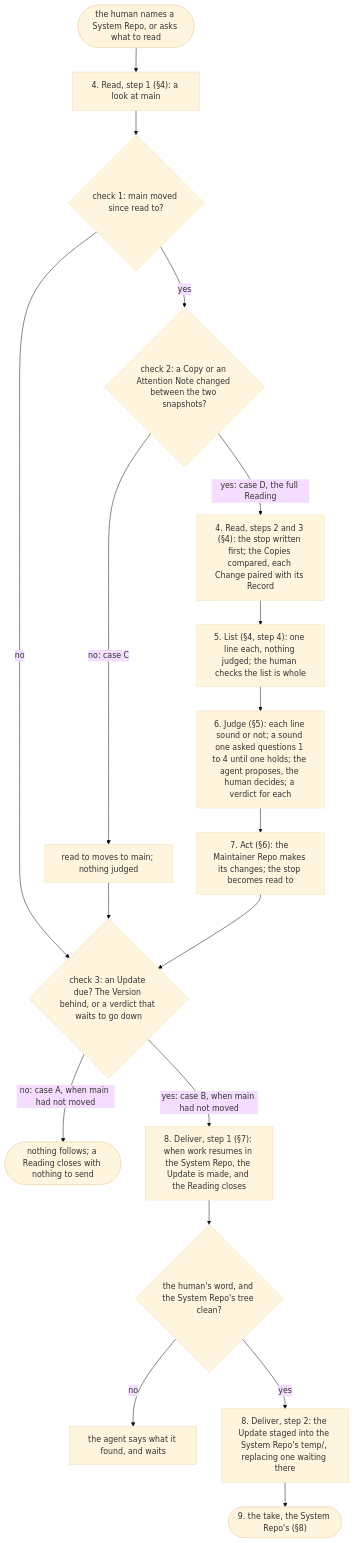
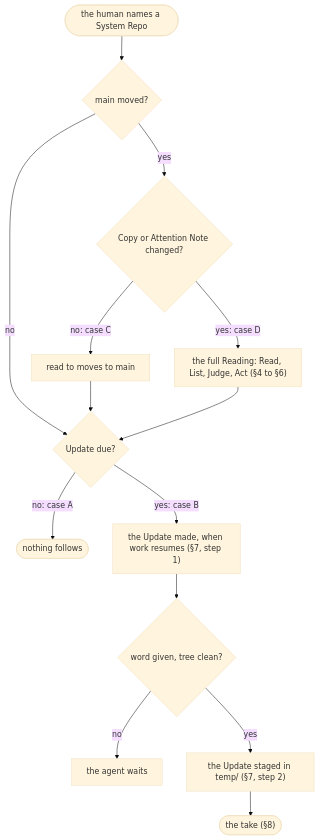
The diagram in temp/system-repo-change-flow.md (edgaras87/correctness-by-construction), drawn with Mermaid (base theme) before and after one commit. The commit also changed other lines of this file, not shown here.

Commit message:
docs: temp's Maintainer Repo flow made smaller
The chart rendered 3024 pixels tall: long questions made big
diamonds, and four boxes held the full Reading's steps. Short labels
and one box for the full Reading bring it to 1642. The detail stays
in the simulation, which each step names.

````diff
--- a/temp/system-repo-change-flow.md
+++ b/temp/system-repo-change-flow.md
@@ -215,20 +215,16 @@
 ```mermaid
 flowchart TD
-  start(["the human names a System Repo, or asks what to read"]) --> look["4. Read, step 1 (§4): a look at main"]
-  look --> c1{"check 1: main moved since read to?"}
-  c1 -- yes --> c2{"check 2: a Copy or an Attention Note changed between the two snapshots?"}
+  start(["the human names a System Repo"]) --> c1{"main moved?"}
+  c1 -- yes --> c2{"Copy or Attention Note changed?"}
   c1 -- no --> c3
-  c2 -- "no: case C" --> C["read to moves to main; nothing judged"]
-  c2 -- "yes: case D, the full Reading" --> read["4. Read, steps 2 and 3 (§4): the stop written first; the Copies compared, each Change paired with its Record"]
-  read --> list["5. List (§4, step 4): one line each, nothing judged; the human checks the list is whole"]
-  list --> judge["6. Judge (§5): each line sound or not; a sound one asked questions 1 to 4 until one holds; the agent proposes, the human decides; a verdict for each"]
-  judge --> act["7. Act (§6): the Maintainer Repo makes its changes; the stop becomes read to"]
+  c2 -- "no: case C" --> C["read to moves to main"]
+  c2 -- "yes: case D" --> D["the full Reading: Read, List, Judge, Act (§4 to §6)"]
   C --> c3
-  act --> c3{"check 3: an Update due? The Version behind, or a verdict that waits to go down"}
-  c3 -- "no: case A, when main had not moved" --> none(["nothing follows; a Reading closes with nothing to send"])
-  c3 -- "yes: case B, when main had not moved" --> make["8. Deliver, step 1 (§7): when work resumes in the System Repo, the Update is made, and the Reading closes"]
-  make --> ok{"the human's word, and the System Repo's tree clean?"}
-  ok -- no --> wait["the agent says what it found, and waits"]
-  ok -- yes --> stage["8. Deliver, step 2: the Update staged into the System Repo's temp/, replacing one waiting there"]
-  stage --> take(["9. the take, the System Repo's (§8)"])
+  D --> c3{"Update due?"}
+  c3 -- "no: case A" --> none(["nothing follows"])
+  c3 -- "yes: case B" --> make["the Update made, when work resumes (§7, step 1)"]
+  make --> ok{"word given, tree clean?"}
+  ok -- no --> wait["the agent waits"]
+  ok -- yes --> stage["the Update staged in temp/ (§7, step 2)"]
+  stage --> take(["the take (§8)"])
 ```
````
